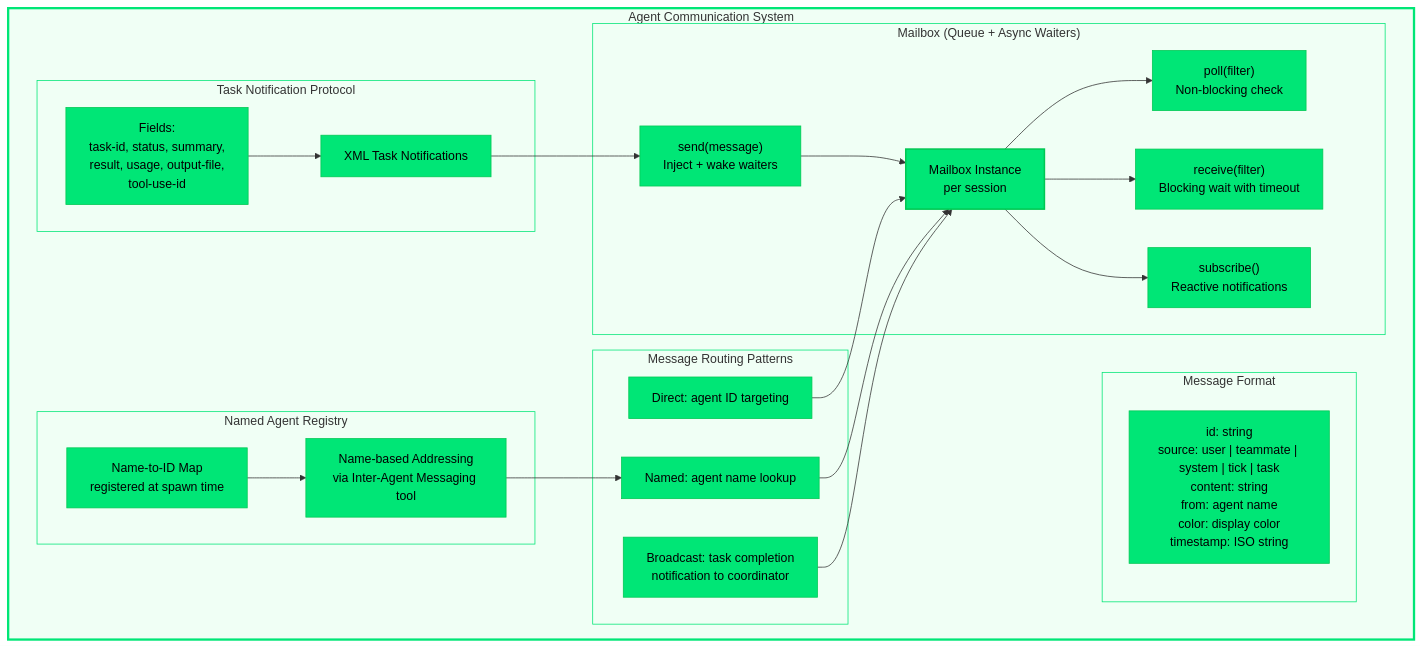
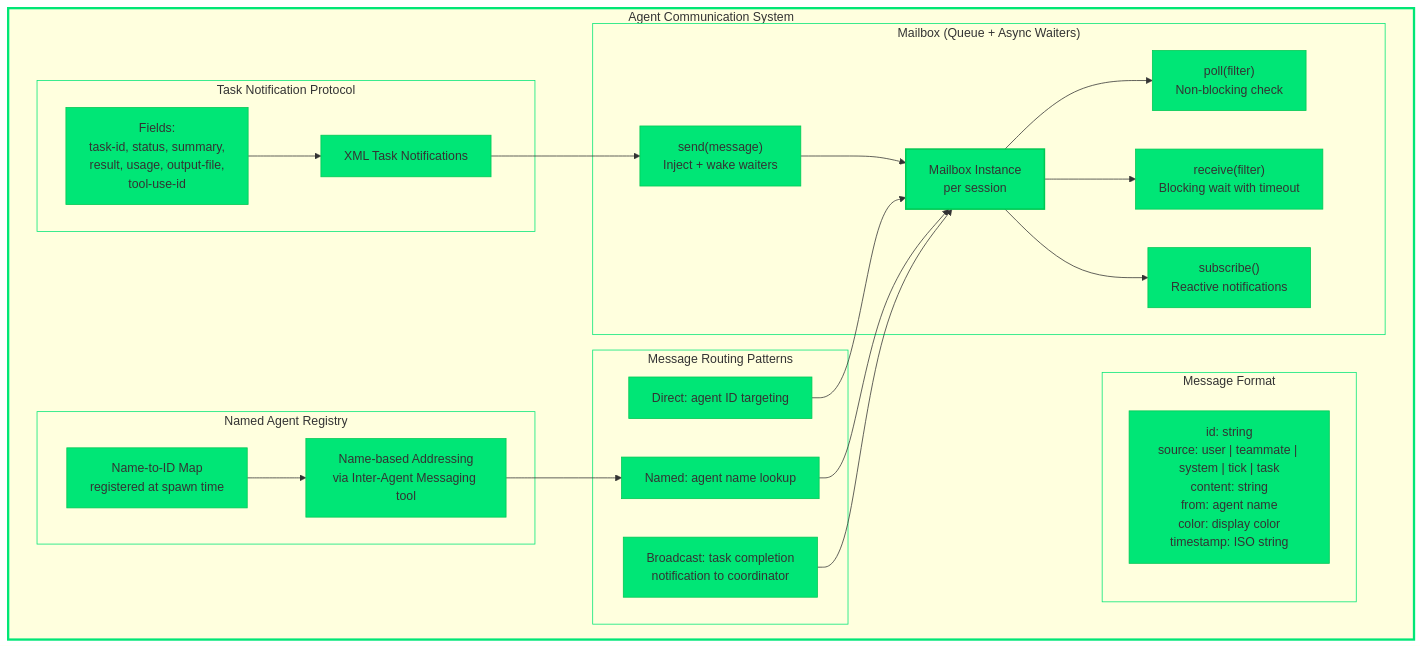
Diagram 13 of 14 in DIAGRAMS.md (PavelValentov/multi-agent-architecture), drawn with Mermaid before and after one commit. The commit also changed other lines of this file, not shown here.

````diff
--- a/DIAGRAMS.md
+++ b/DIAGRAMS.md
@@ -1069,64 +1069,64 @@
 ```mermaid
 graph TB
     subgraph AgentComm["Agent Communication System"]
         subgraph MailboxSystem["Mailbox (Queue + Async Waiters)"]
             MB_CLASS["Mailbox Instance<br/>per session"]
             SEND["send(message)<br/>Inject + wake waiters"]
             POLL["poll(filter)<br/>Non-blocking check"]
             RECEIVE["receive(filter)<br/>Blocking wait with timeout"]
             SUBSCRIBE["subscribe()<br/>Reactive notifications"]
         end
 
         subgraph MessageFormat["Message Format"]
             MSG_FIELDS["id: string<br/>source: user | teammate | system | tick | task<br/>content: string<br/>from: agent name<br/>color: display color<br/>timestamp: ISO string"]
         end
 
         subgraph TaskNotifications["Task Notification Protocol"]
             TASK_NOTIF["XML Task Notifications"]
             NOTIF_FIELDS["Fields:<br/>task-id, status, summary,<br/>result, usage, output-file,<br/>tool-use-id"]
         end
 
         subgraph NameRegistry["Named Agent Registry"]
             REG_MAP["Name-to-ID Map<br/>registered at spawn time"]
             LOOKUP["Name-based Addressing<br/>via Inter-Agent Messaging tool"]
         end
 
         subgraph MessageRouting["Message Routing Patterns"]
             DIRECT["Direct: agent ID targeting"]
             NAMED["Named: agent name lookup"]
             BROADCAST["Broadcast: task completion<br/>notification to coordinator"]
         end
     end
 
     SEND --> MB_CLASS
     MB_CLASS --> POLL
     MB_CLASS --> RECEIVE
     MB_CLASS --> SUBSCRIBE
     TASK_NOTIF --> SEND
     NOTIF_FIELDS --> TASK_NOTIF
     REG_MAP --> LOOKUP
     LOOKUP --> NAMED
     DIRECT --> MB_CLASS
     NAMED --> MB_CLASS
     BROADCAST --> MB_CLASS
 
-    style AgentComm fill:#f0fff5,stroke:#00e676,stroke-width:3px,color:#333
-    style MailboxSystem fill:#f0fff5,stroke:#00e676,stroke-width:1px,color:#333
-    style MessageFormat fill:#f0fff5,stroke:#00e676,stroke-width:1px,color:#333
-    style TaskNotifications fill:#f0fff5,stroke:#00e676,stroke-width:1px,color:#333
-    style NameRegistry fill:#f0fff5,stroke:#00e676,stroke-width:1px,color:#333
-    style MessageRouting fill:#f0fff5,stroke:#00e676,stroke-width:1px,color:#333
-    style MB_CLASS fill:#00e676,stroke:#00c853,stroke-width:2px,color:#000
-    style SEND fill:#00e676,stroke:#00c853,stroke-width:1px,color:#000
-    style POLL fill:#00e676,stroke:#00c853,stroke-width:1px,color:#000
-    style RECEIVE fill:#00e676,stroke:#00c853,stroke-width:1px,color:#000
-    style SUBSCRIBE fill:#00e676,stroke:#00c853,stroke-width:1px,color:#000
-    style TASK_NOTIF fill:#00e676,stroke:#00c853,stroke-width:1px,color:#000
-    style REG_MAP fill:#00e676,stroke:#00c853,stroke-width:1px,color:#000
-    style LOOKUP fill:#00e676,stroke:#00c853,stroke-width:1px,color:#000
-    style MSG_FIELDS fill:#00e676,stroke:#00c853,stroke-width:1px,color:#000
-    style NOTIF_FIELDS fill:#00e676,stroke:#00c853,stroke-width:1px,color:#000
-    style DIRECT fill:#00e676,stroke:#00c853,stroke-width:1px,color:#000
-    style NAMED fill:#00e676,stroke:#00c853,stroke-width:1px,color:#000
-    style BROADCAST fill:#00e676,stroke:#00c853,stroke-width:1px,color:#000
+    style AgentComm stroke:#00e676,stroke-width:3px
+    style MailboxSystem stroke:#00e676,stroke-width:1px
+    style MessageFormat stroke:#00e676,stroke-width:1px
+    style TaskNotifications stroke:#00e676,stroke-width:1px
+    style NameRegistry stroke:#00e676,stroke-width:1px
+    style MessageRouting stroke:#00e676,stroke-width:1px
+    style MB_CLASS fill:#00e676,stroke:#00c853,stroke-width:2px
+    style SEND fill:#00e676,stroke:#00c853,stroke-width:1px
+    style POLL fill:#00e676,stroke:#00c853,stroke-width:1px
+    style RECEIVE fill:#00e676,stroke:#00c853,stroke-width:1px
+    style SUBSCRIBE fill:#00e676,stroke:#00c853,stroke-width:1px
+    style TASK_NOTIF fill:#00e676,stroke:#00c853,stroke-width:1px
+    style REG_MAP fill:#00e676,stroke:#00c853,stroke-width:1px
+    style LOOKUP fill:#00e676,stroke:#00c853,stroke-width:1px
+    style MSG_FIELDS fill:#00e676,stroke:#00c853,stroke-width:1px
+    style NOTIF_FIELDS fill:#00e676,stroke:#00c853,stroke-width:1px
+    style DIRECT fill:#00e676,stroke:#00c853,stroke-width:1px
+    style NAMED fill:#00e676,stroke:#00c853,stroke-width:1px
+    style BROADCAST fill:#00e676,stroke:#00c853,stroke-width:1px
 ```
````
